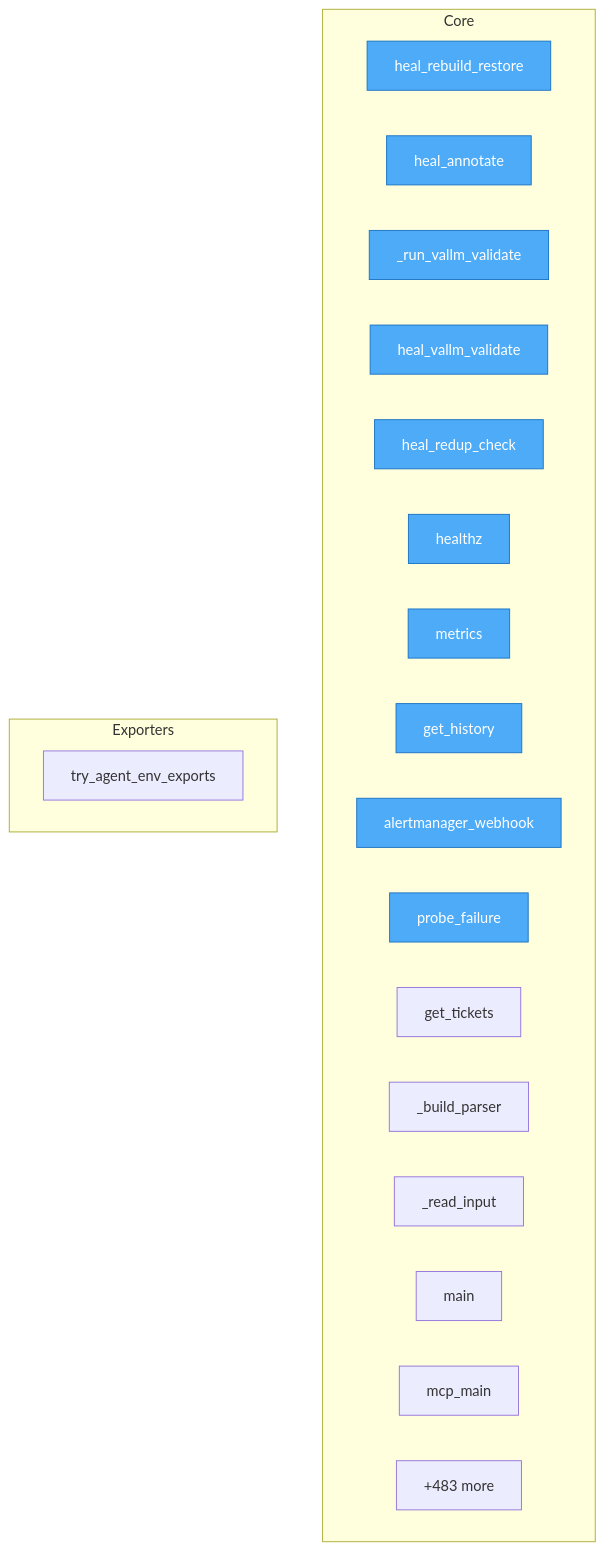
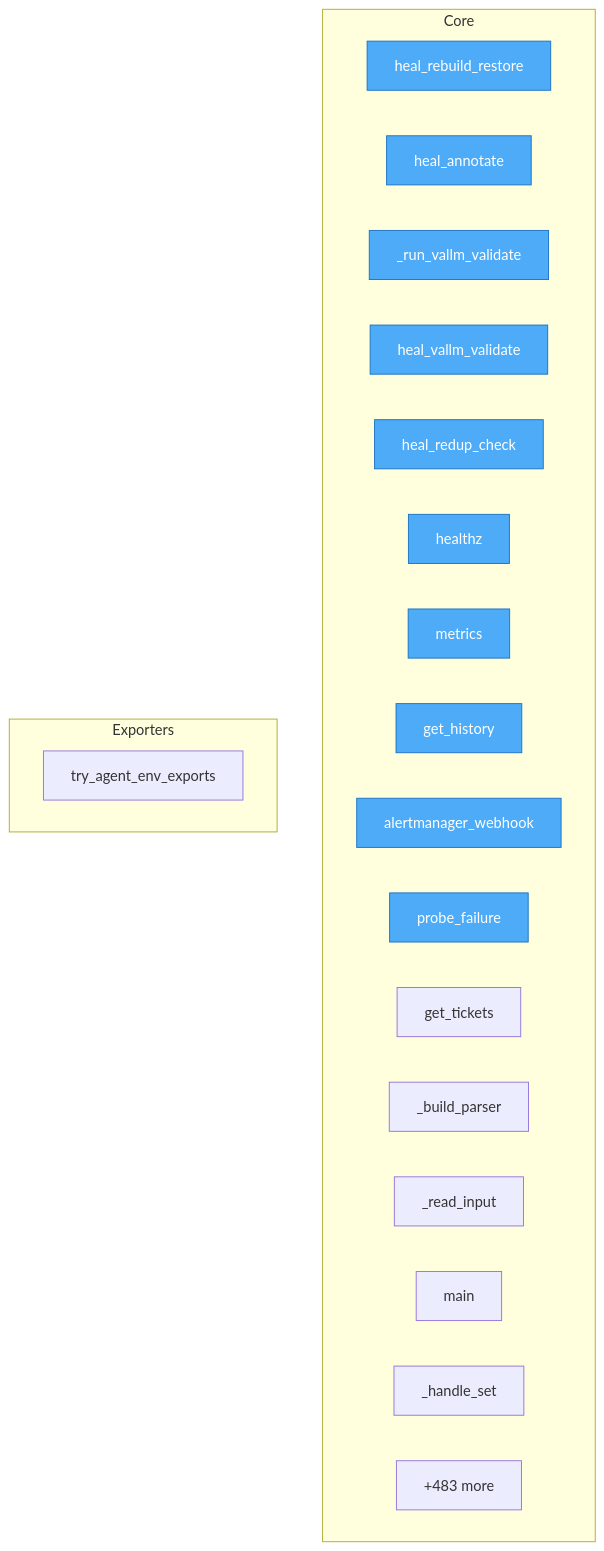
The diagram in project/flow.mmd (semcod/koru), drawn with Mermaid before and after one commit. The commit also changed 25 other files, not shown here.

```diff
--- a/project/flow.mmd
+++ b/project/flow.mmd
@@ -1,30 +1,30 @@
 flowchart TD
-%% generated in 0.03s
+%% generated in 0.04s
 
     %% Entry points (blue)
     classDef entry fill:#4dabf7,stroke:#1971c2,color:#fff
 
     subgraph Core
         services__healing_webhook__app__heal_rebuild_restore["heal_rebuild_restore"]
         services__healing_webhook__app__heal_annotate["heal_annotate"]
         services__healing_webhook__app___run_vallm_validate["_run_vallm_validate"]
         services__healing_webhook__app__heal_vallm_validate["heal_vallm_validate"]
         services__healing_webhook__app__heal_redup_check["heal_redup_check"]
         services__healing_webhook__app__healthz["healthz"]
         services__healing_webhook__app__metrics["metrics"]
         services__healing_webhook__app__get_history["get_history"]
         services__healing_webhook__app__alertmanager_webhook["alertmanager_webhook"]
         services__healing_webhook__app__probe_failure["probe_failure"]
         services__healing_webhook__app__get_tickets["get_tickets"]
         src__korudsl__cli___build_parser["_build_parser"]
         src__korudsl__cli___read_input["_read_input"]
         src__korudsl__cli__main["main"]
-        src__koruapi__mcp__mcp_main["mcp_main"]
+        src__korudsl__library___handle_set["_handle_set"]
         ...["+483 more"]
     end
 
     subgraph Exporters
         src__koru__agent_cli_helpers__try_agent_env_exports["try_agent_env_exports"]
     end
 
     class services__healing_webhook__app__heal_rebuild_restore,services__healing_webhook__app__heal_annotate,services__healing_webhook__app___run_vallm_validate,services__healing_webhook__app__heal_vallm_validate,services__healing_webhook__app__heal_redup_check,services__healing_webhook__app__healthz,services__healing_webhook__app__metrics,services__healing_webhook__app__get_history,services__healing_webhook__app__alertmanager_webhook,services__healing_webhook__app__probe_failure entry
```
